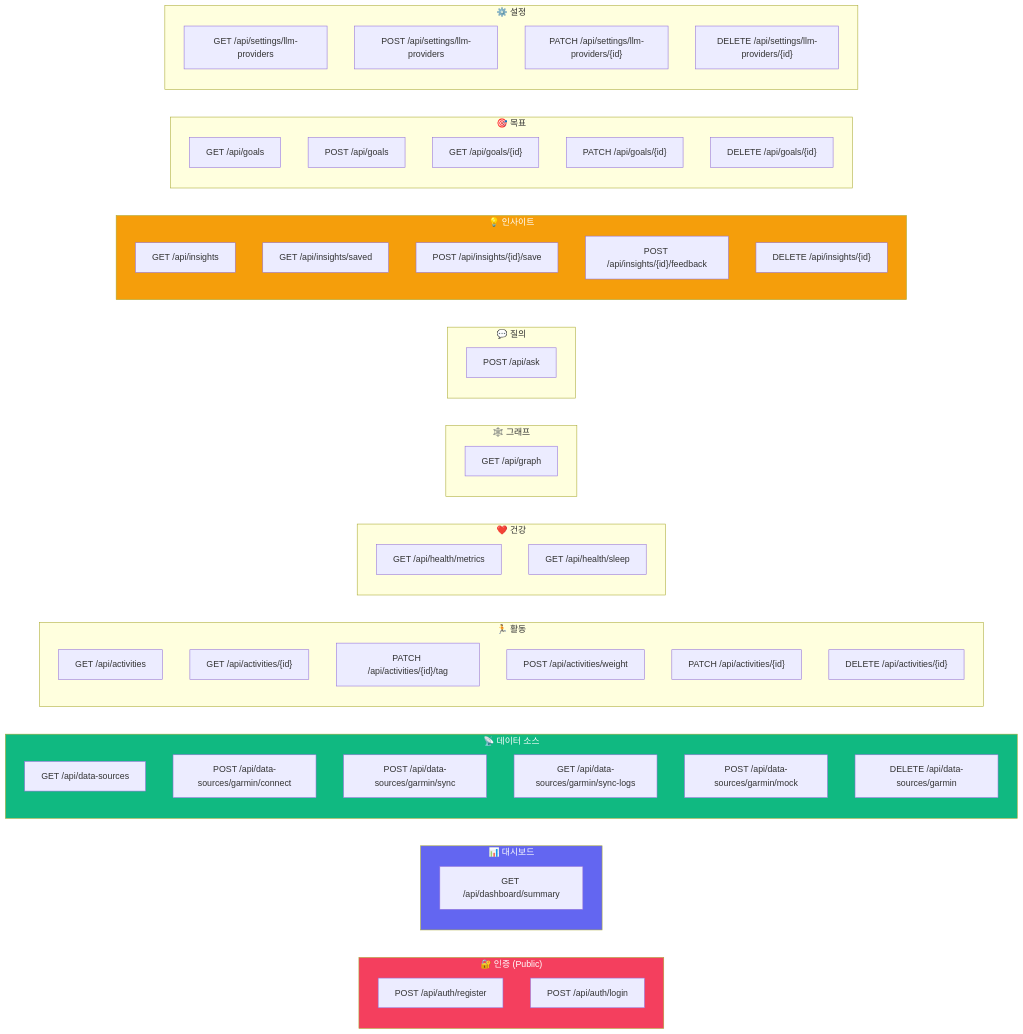
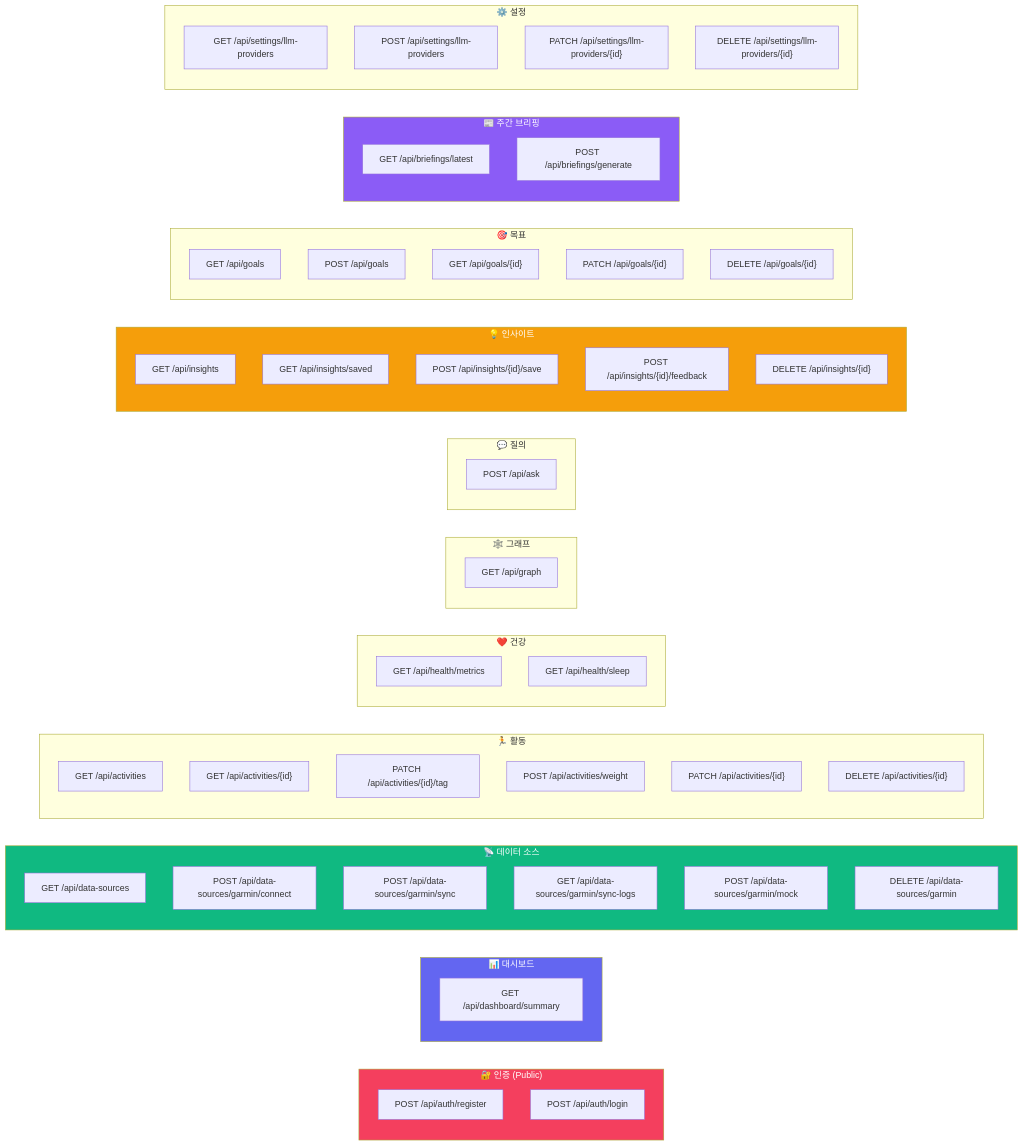
One commit to Hsooooo/personal-insight-os changed the diagram in docs/api-specification.md. Above: the diagram before and after it, drawn with Mermaid. The commit also changed other lines of this file and 32 other files, not shown here.

````diff
--- a/docs/api-specification.md
+++ b/docs/api-specification.md
@@ -19,70 +19,76 @@
 ```mermaid
 flowchart LR
     subgraph 인증["🔐 인증 (Public)"]
         A1["POST /api/auth/register"]
         A2["POST /api/auth/login"]
     end
 
     subgraph 대시보드["📊 대시보드"]
         B1["GET /api/dashboard/summary"]
     end
 
     subgraph 데이터소스["📡 데이터 소스"]
         C1["GET /api/data-sources"]
         C2["POST /api/data-sources/garmin/connect"]
         C3["POST /api/data-sources/garmin/sync"]
         C4["GET /api/data-sources/garmin/sync-logs"]
         C5["POST /api/data-sources/garmin/mock"]
         C6["DELETE /api/data-sources/garmin"]
     end
 
     subgraph 활동["🏃 활동"]
         D1["GET /api/activities"]
         D2["GET /api/activities/{id}"]
         D3["PATCH /api/activities/{id}/tag"]
         D4["POST /api/activities/weight"]
         D5["PATCH /api/activities/{id}"]
         D6["DELETE /api/activities/{id}"]
     end
 
     subgraph 건강["❤️ 건강"]
         E1["GET /api/health/metrics"]
         E2["GET /api/health/sleep"]
     end
 
     subgraph 그래프["🕸️ 그래프"]
         F1["GET /api/graph"]
     end
 
     subgraph 질의["💬 질의"]
         G1["POST /api/ask"]
     end
 
     subgraph 인사이트["💡 인사이트"]
         H1["GET /api/insights"]
         H2["GET /api/insights/saved"]
         H3["POST /api/insights/{id}/save"]
         H4["POST /api/insights/{id}/feedback"]
         H5["DELETE /api/insights/{id}"]
     end
 
     subgraph 목표["🎯 목표"]
         I1["GET /api/goals"]
         I2["POST /api/goals"]
         I3["GET /api/goals/{id}"]
         I4["PATCH /api/goals/{id}"]
         I5["DELETE /api/goals/{id}"]
     end
 
+    subgraph 브리핑["📰 주간 브리핑"]
+        BR1["GET /api/briefings/latest"]
+        BR2["POST /api/briefings/generate"]
+    end
+
     subgraph 설정["⚙️ 설정"]
         J1["GET /api/settings/llm-providers"]
         J2["POST /api/settings/llm-providers"]
         J3["PATCH /api/settings/llm-providers/{id}"]
         J4["DELETE /api/settings/llm-providers/{id}"]
     end
 
     style 인증 fill:#f43f5e,color:#fff
     style 대시보드 fill:#6366f1,color:#fff
     style 데이터소스 fill:#10b981,color:#fff
     style 인사이트 fill:#f59e0b,color:#fff
+    style 브리핑 fill:#8b5cf6,color:#fff
 ```
````
